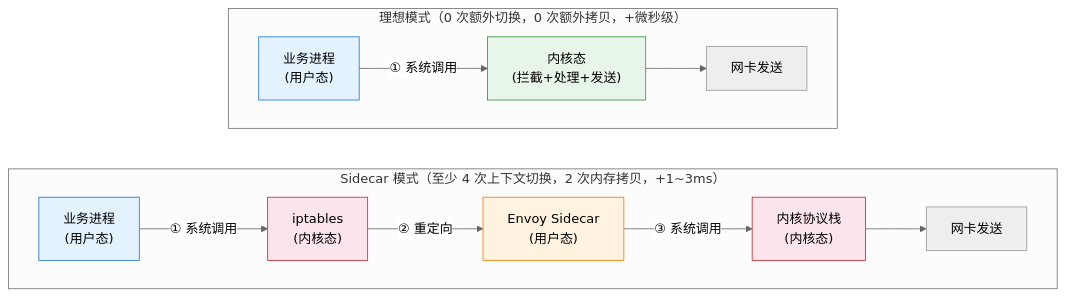
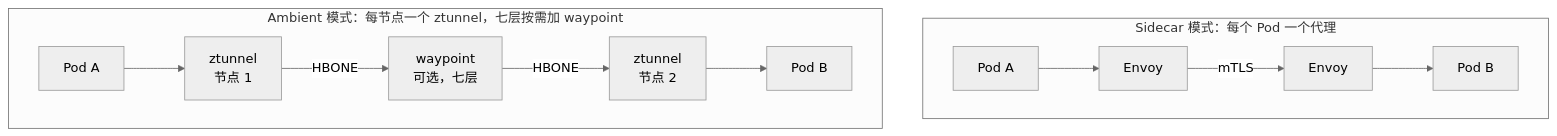
Before and after one commit to caozhiyi/network-book: the fifth of 5 diagrams in docs/31.微服务的流量治理服务网格与eBPF.md, drawn with Mermaid (neutral theme). The commit also changed other lines of this file and 14 other files, not shown here.

````diff
--- a/docs/31.微服务的流量治理服务网格与eBPF.md
+++ b/docs/31.微服务的流量治理服务网格与eBPF.md
@@ -138,23 +185,17 @@
 ```mermaid
-graph LR
-    subgraph sidecar["Sidecar 模式（至少 4 次上下文切换，2 次内存拷贝，+1~3ms）"]
+graph TB
+    subgraph sc["Sidecar 模式：每个 Pod 一个代理"]
         direction LR
-        A1["业务进程<br/>(用户态)"] -->|"① 系统调用"| B1["iptables<br/>(内核态)"]
-        B1 -->|"② 重定向"| C1["Envoy Sidecar<br/>(用户态)"]
-        C1 -->|"③ 系统调用"| D1["内核协议栈<br/>(内核态)"]
-        D1 --> E1["网卡发送"]
+        A1["Pod A"] --> SA["Envoy"]
+        SA -->|"mTLS"| SB["Envoy"]
+        SB --> B1["Pod B"]
     end
 
-    subgraph ideal["理想模式（0 次额外切换，0 次额外拷贝，+微秒级）"]
+    subgraph am["Ambient 模式：每节点一个 ztunnel，七层按需加 waypoint"]
         direction LR
-        A2["业务进程<br/>(用户态)"] -->|"① 系统调用"| B2["内核态<br/>(拦截+处理+发送)"]
-        B2 --> C2["网卡发送"]
+        A2["Pod A"] --> ZA["ztunnel<br/>节点 1"]
+        ZA -->|"HBONE"| WP["waypoint<br/>可选，七层"]
+        WP -->|"HBONE"| ZB["ztunnel<br/>节点 2"]
+        ZB --> B2["Pod B"]
     end
-
-    style A1 fill:#e3f2fd,stroke:#1976d2
-    style C1 fill:#fff3e0,stroke:#f57c00
-    style A2 fill:#e3f2fd,stroke:#1976d2
-    style B2 fill:#e8f5e9,stroke:#388e3c
-    style B1 fill:#fce4ec,stroke:#c62828
-    style D1 fill:#fce4ec,stroke:#c62828
 ```
````
